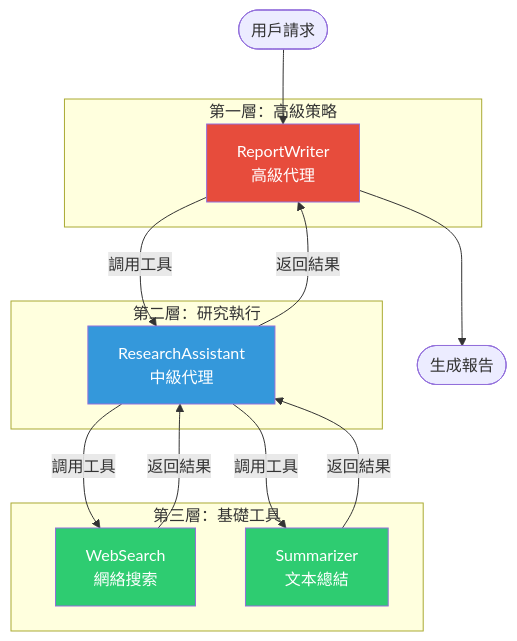
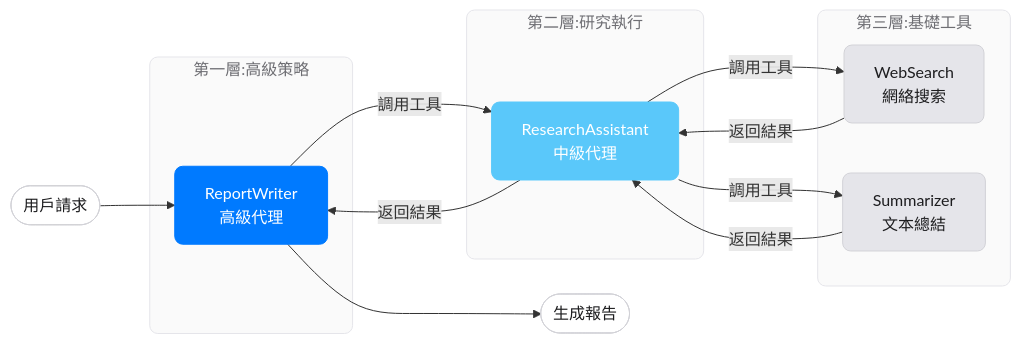
The fourth of 8 diagrams in workspace/adk-docs/agents/multi-agents_appendix.md (lastingyeh/google-adk-study), drawn with Mermaid before and after one commit. The commit also changed other lines of this file, not shown here.

Commit message:
更新 `multi-agents_appendix.md` Mermaid 流程圖樣式與結構

````diff
--- a/workspace/adk-docs/agents/multi-agents_appendix.md
+++ b/workspace/adk-docs/agents/multi-agents_appendix.md
@@ -94,32 +122,38 @@
 ```mermaid
-graph TD
+flowchart LR
+    %% Style Definitions
+    classDef l1 fill:#007AFF,stroke:#007AFF,color:#FFFFFF,rx:8,ry:8;
+    classDef l2 fill:#5AC8FA,stroke:#5AC8FA,color:#FFFFFF,rx:8,ry:8;
+    classDef l3 fill:#E5E5EA,stroke:#D2D2D7,color:#1D1D1F,rx:8,ry:8;
+    classDef startEnd fill:#FFFFFF,stroke:#D2D2D7,color:#1D1D1F,rx:8,ry:8;
+    classDef group fill:#FAFAFA,stroke:#E5E5EA,color:#6E6E73,rx:8,ry:8;
+
+    %% Diagram
     User([用戶請求]) --> L1[ReportWriter<br/>高級代理]
 
-    L1 -->|調用工具| L2[ResearchAssistant<br/>中級代理]
+    subgraph Layer1["第一層:高級策略"]
+        L1
+    end
+    subgraph Layer2["第二層:研究執行"]
+        L2[ResearchAssistant<br/>中級代理]
+    end
+    subgraph Layer3["第三層:基礎工具"]
+        L3A[WebSearch<br/>網絡搜索]
+        L3B[Summarizer<br/>文本總結]
+    end
 
-    L2 -->|調用工具| L3A[WebSearch<br/>網絡搜索]
-    L2 -->|調用工具| L3B[Summarizer<br/>文本總結]
-
+    L1 -->|調用工具| L2
+    L2 -->|調用工具| L3A
+    L2 -->|調用工具| L3B
     L3A -->|返回結果| L2
     L3B -->|返回結果| L2
     L2 -->|返回結果| L1
     L1 --> Output([生成報告])
 
-    subgraph Layer1["第一層：高級策略"]
-        L1
-    end
-
-    subgraph Layer2["第二層：研究執行"]
-        L2
-    end
-
-    subgraph Layer3["第三層：基礎工具"]
-        L3A
-        L3B
-    end
-
-    style L1 fill:#E74C3C,color:#fff
-    style L2 fill:#3498DB,color:#fff
-    style L3A fill:#2ECC71,color:#fff
-    style L3B fill:#2ECC71,color:#fff
+    %% Apply Styles
+    class User,Output startEnd;
+    class L1 l1;
+    class L2 l2;
+    class L3A,L3B l3;
+    class Layer1,Layer2,Layer3 group;
 ```
````
